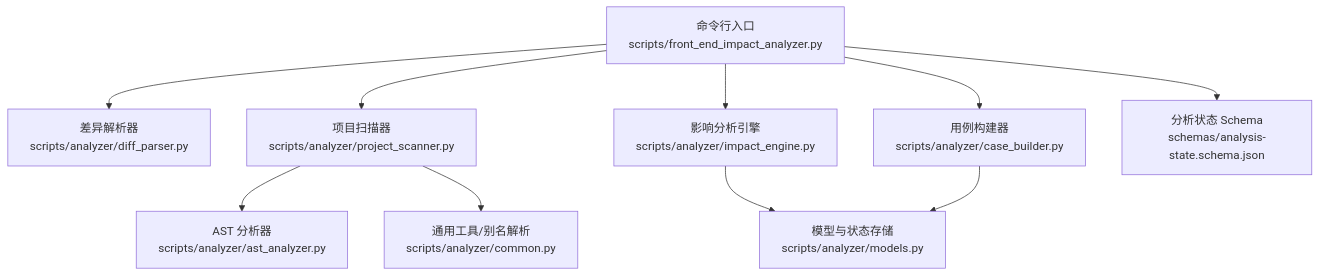
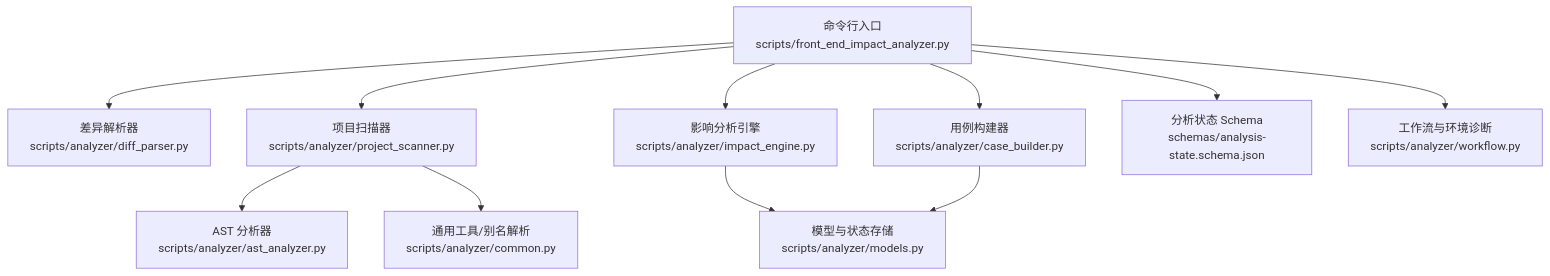
The first of 9 diagrams in .qoder/repowiki/zh/content/高级用法/高级用法.md (brand-new-remo/frontend-impact-analyzer), drawn with Mermaid before and after one commit. The commit also changed other lines of this file and 8 other files, not shown here.

````diff
--- a/.qoder/repowiki/zh/content/高级用法/高级用法.md
+++ b/.qoder/repowiki/zh/content/高级用法/高级用法.md
@@ -49,12 +51,13 @@
 ```mermaid
 graph TB
 CLI["命令行入口<br/>scripts/front_end_impact_analyzer.py"] --> Diff["差异解析器<br/>scripts/analyzer/diff_parser.py"]
 CLI --> Scanner["项目扫描器<br/>scripts/analyzer/project_scanner.py"]
 CLI --> Engine["影响分析引擎<br/>scripts/analyzer/impact_engine.py"]
 CLI --> Builder["用例构建器<br/>scripts/analyzer/case_builder.py"]
 Scanner --> AST["AST 分析器<br/>scripts/analyzer/ast_analyzer.py"]
 Scanner --> Common["通用工具/别名解析<br/>scripts/analyzer/common.py"]
 Engine --> Models["模型与状态存储<br/>scripts/analyzer/models.py"]
 Builder --> Models
 CLI --> State["分析状态 Schema<br/>schemas/analysis-state.schema.json"]
+CLI --> Workflow["工作流与环境诊断<br/>scripts/analyzer/workflow.py"]
 ```
````
